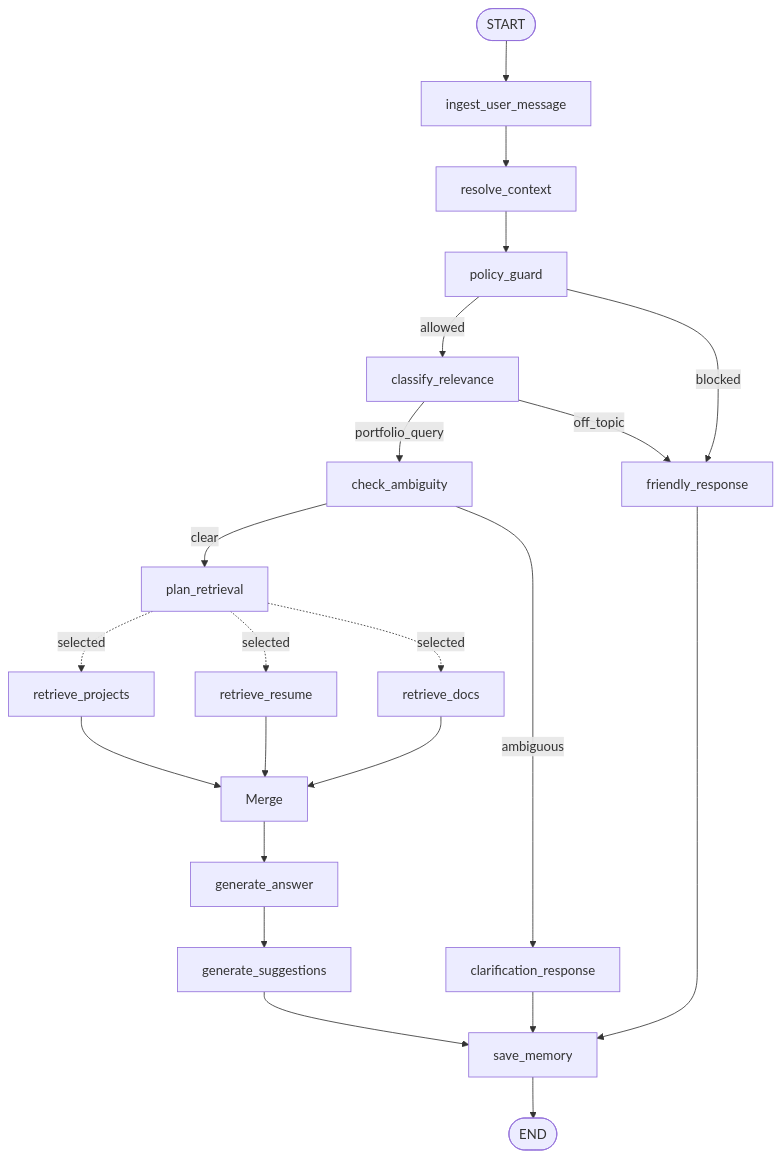
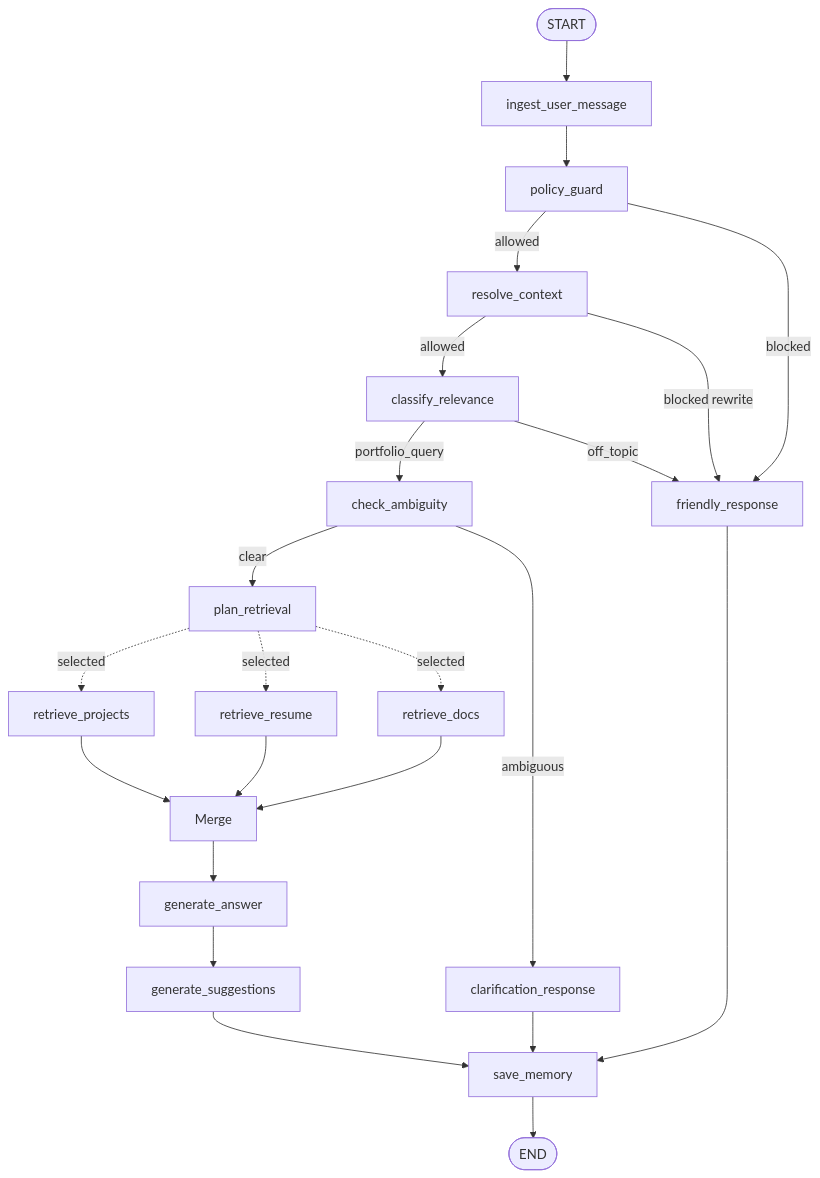
The third of 6 diagrams in LANGGRAPH_ARCHITECTURE.md (yubi00/portfolio-assistant-langgraph), drawn with Mermaid before and after one commit. The commit also changed other lines of this file and 5 other files, not shown here.

````diff
--- a/LANGGRAPH_ARCHITECTURE.md
+++ b/LANGGRAPH_ARCHITECTURE.md
@@ -252,28 +252,28 @@
 ```mermaid
 flowchart TD
     START([START]) --> Ingest[ingest_user_message]
-    Ingest --> Resolve[resolve_context]
-    Resolve --> Policy[policy_guard]
-
-    Policy -->|allowed| Classify[classify_relevance]
+    Ingest --> Policy[policy_guard]
+    Policy -->|allowed| Resolve[resolve_context]
     Policy -->|blocked| Friendly[friendly_response]
+    Resolve -->|allowed| Classify[classify_relevance]
+    Resolve -->|blocked rewrite| Friendly
 
     Classify -->|portfolio_query| Ambiguity[check_ambiguity]
     Classify -->|off_topic| Friendly[friendly_response]
 
     Ambiguity -->|clear| Plan[plan_retrieval]
     Ambiguity -->|ambiguous| Clarify[clarification_response]
 
     Plan -. selected .-> Projects[retrieve_projects]
     Plan -. selected .-> Resume[retrieve_resume]
     Plan -. selected .-> Docs[retrieve_docs]
     Projects --> Merge
     Resume --> Merge
     Docs --> Merge
     Merge --> Answer[generate_answer]
     Answer --> Suggestions[generate_suggestions]
     Suggestions --> Save[save_memory]
     Clarify --> Save
     Friendly --> Save
     Save --> END([END])
 ```
````
